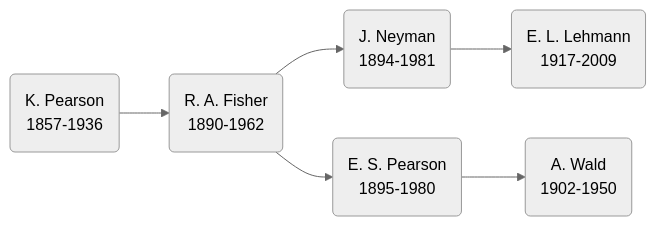
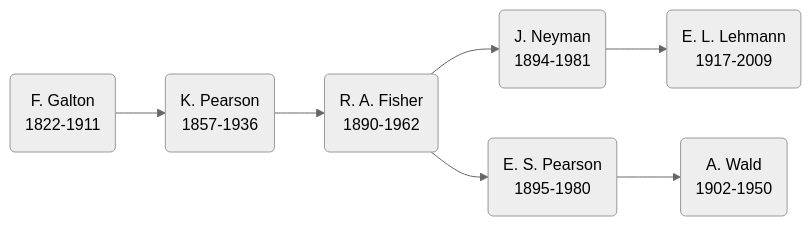
Before and after one commit to XiangyunHuang/data-analysis-in-action: the fourth of 4 diagrams in common-statistical-tests.qmd, drawn with Mermaid (neutral theme). The commit also changed other lines of this file, not shown here.

````diff
--- a/common-statistical-tests.qmd
+++ b/common-statistical-tests.qmd
@@ -990,11 +998,12 @@
 ```{mermaid}
 %%| label: fig-testing-statistical-hypothesis
-%%| fig-cap: 假设检验理论的主要贡献者
+%%| fig-cap: 最重要的统计学家及其学术传承关系
 
 flowchart LR
-  K_Pearson(K. Pearson\n 1857-1936) --> R_A_Fisher(R. A. Fisher \n 1890-1962)
+  F_Galton(F. Galton\n 1822-1911) --> K_Pearson(K. Pearson\n 1857-1936)
+  K_Pearson --> R_A_Fisher(R. A. Fisher \n 1890-1962)
   R_A_Fisher --> J_Neyman(J. Neyman\n1894-1981)
   R_A_Fisher --> E_S_Pearson(E. S. Pearson \n1895-1980)
   J_Neyman --> E_L_Lehmann(E. L. Lehmann\n1917-2009)
   E_S_Pearson --> A_Wald(A. Wald\n1902-1950)
 ```
````
